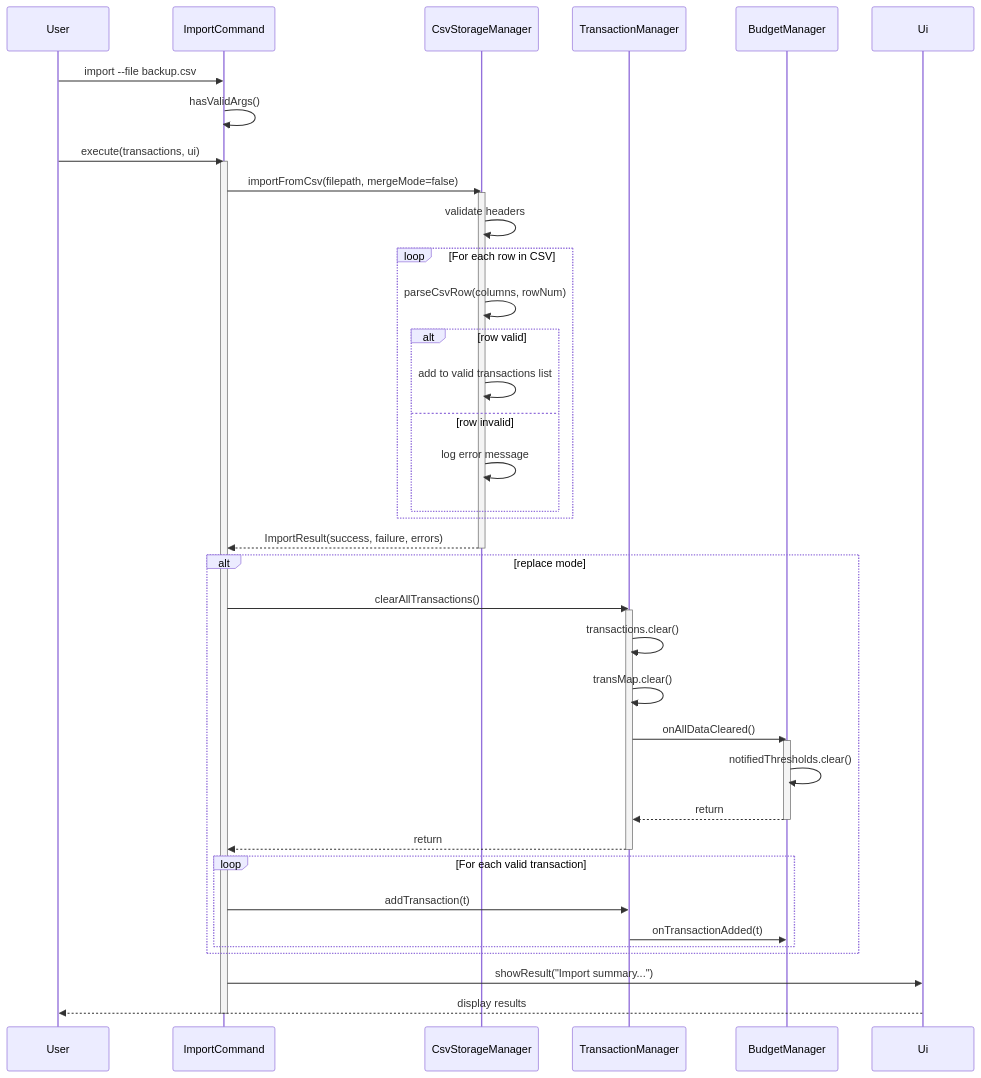
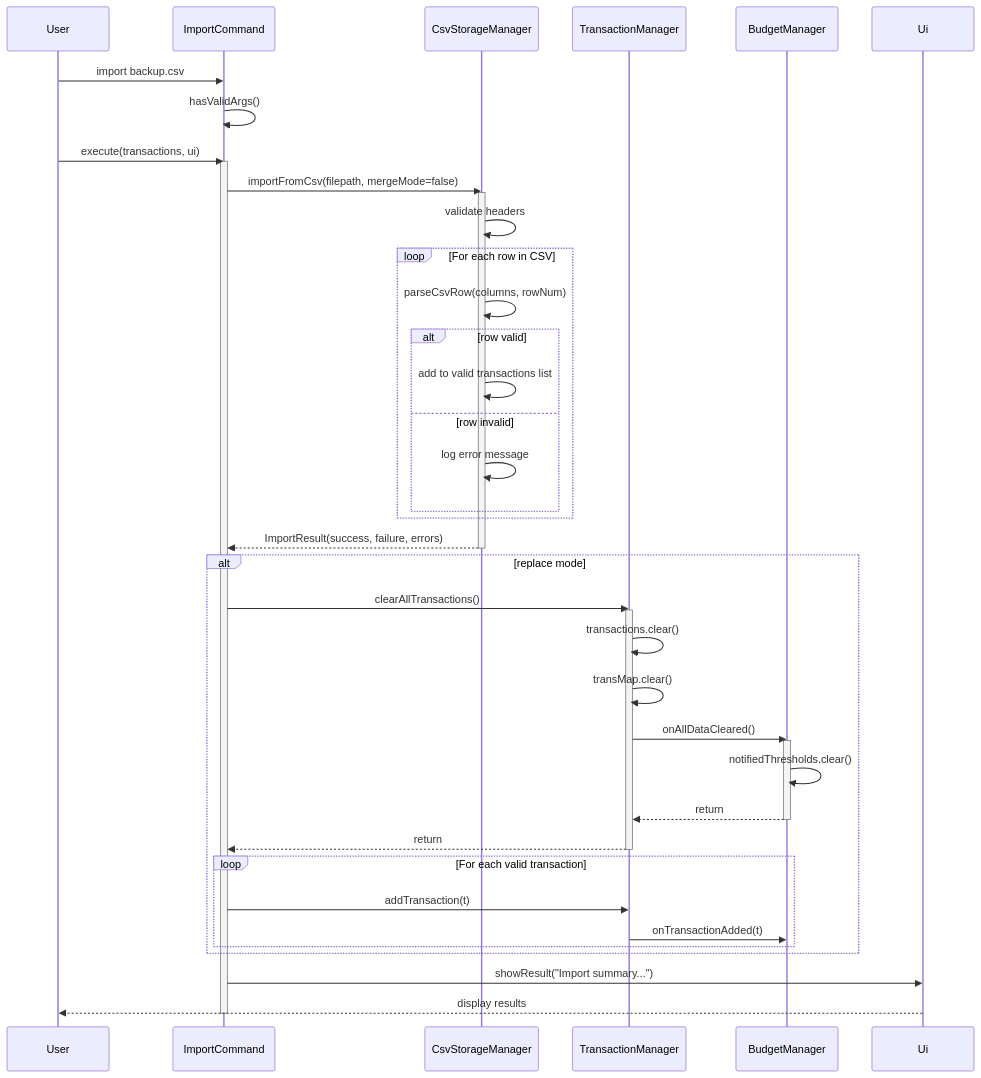
One commit to llk214/tp changed diagram 15 of 18 in docs/DeveloperGuide.md. Above: the diagram before and after it, drawn with Mermaid. The commit also changed other lines of this file, not shown here.

Commit message:
Fix flag-based command examples in DG body diagrams

````diff
--- a/docs/DeveloperGuide.md
+++ b/docs/DeveloperGuide.md
@@ -1040,54 +1039,54 @@
 ```mermaid
 sequenceDiagram
     participant User
     participant ImportCommand
     participant CSV as CsvStorageManager
     participant TM as TransactionManager
     participant BM as BudgetManager
     participant Ui
 
-    User->>ImportCommand: import --file backup.csv
+    User->>ImportCommand: import backup.csv
     ImportCommand->>ImportCommand: hasValidArgs()
 
     User->>ImportCommand: execute(transactions, ui)
 
     activate ImportCommand
     ImportCommand->>CSV: importFromCsv(filepath, mergeMode=false)
     activate CSV
 
     CSV->>CSV: validate headers
     loop For each row in CSV
         CSV->>CSV: parseCsvRow(columns, rowNum)
         alt row valid
             CSV->>CSV: add to valid transactions list
         else row invalid
             CSV->>CSV: log error message
         end
     end
 
     CSV-->>ImportCommand: ImportResult(success, failure, errors)
     deactivate CSV
 
     alt replace mode
         ImportCommand->>TM: clearAllTransactions()
         activate TM
         TM->>TM: transactions.clear()
         TM->>TM: transMap.clear()
         TM->>BM: onAllDataCleared()
         activate BM
         BM->>BM: notifiedThresholds.clear()
         BM-->>TM: return
         deactivate BM
         TM-->>ImportCommand: return
         deactivate TM
 
         loop For each valid transaction
             ImportCommand->>TM: addTransaction(t)
             TM->>BM: onTransactionAdded(t)
         end
     end
 
     ImportCommand->>Ui: showResult("Import summary...")
     Ui-->>User: display results
     deactivate ImportCommand
 ```
````
